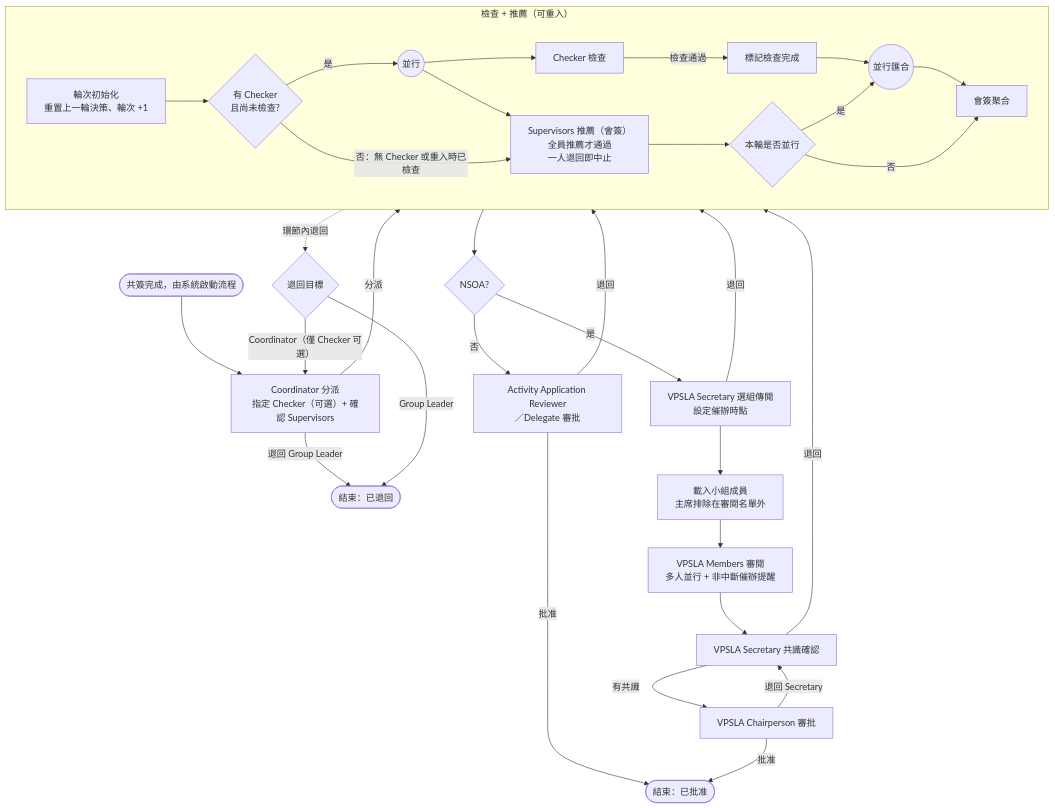
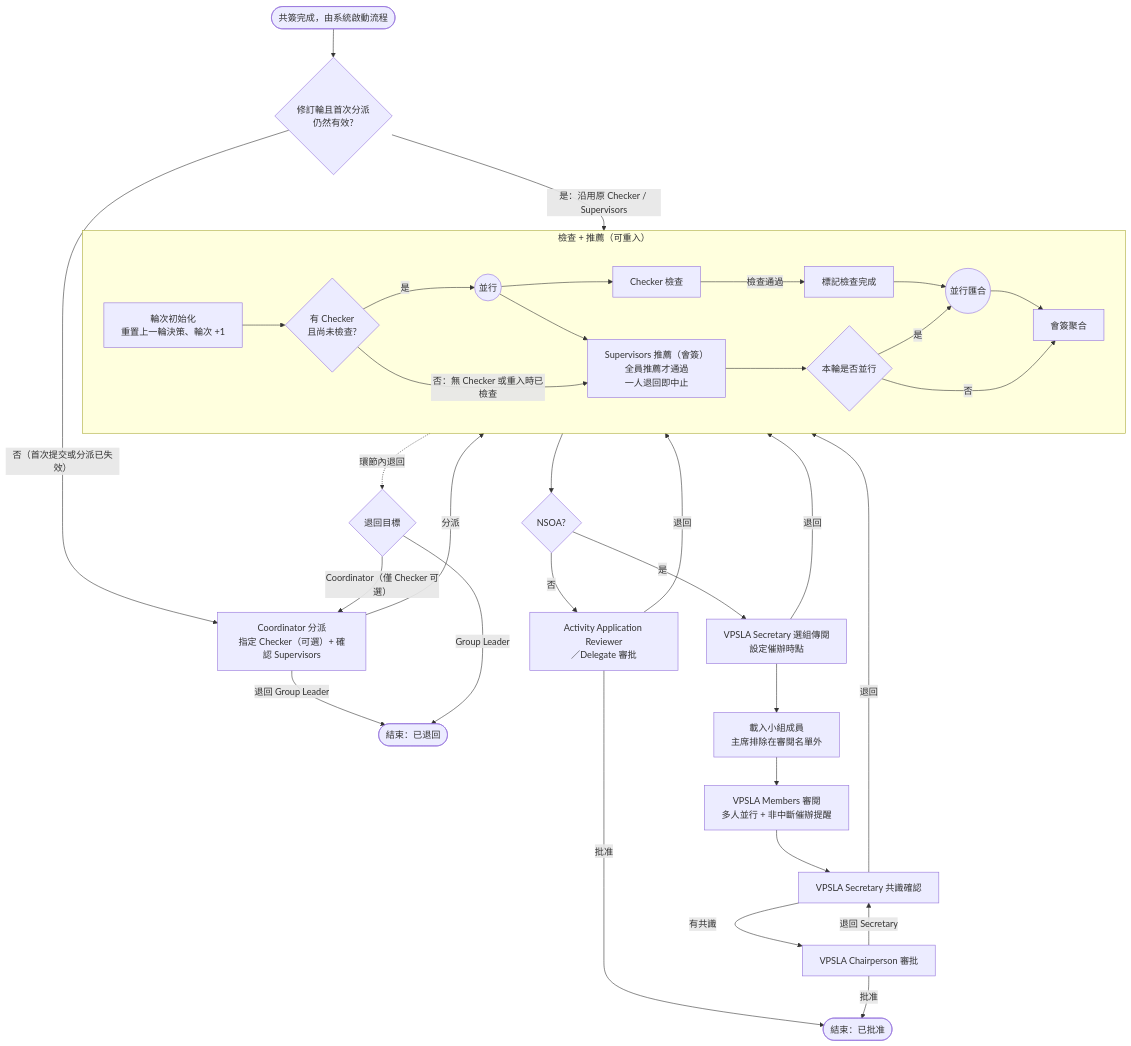
Before and after one commit to OneStar-Projects/SLAS-Docs: the diagram in activity-report-submission-design.md, drawn with Mermaid. The commit also changed other lines of this file and 12 other files, not shown here.

````diff
--- a/activity-report-submission-design.md
+++ b/activity-report-submission-design.md
@@ -140,33 +186,35 @@
 ```mermaid
 flowchart TD
-    S([共簽完成，由系統啟動流程]) --> C[Coordinator 分派<br/>指定 Checker（可選）+ 確認 Supervisors]
+    S([共簽完成，由系統啟動流程]) --> AG{修訂輪且首次分派<br/>仍然有效?}
+    AG -- 否（首次提交或分派已失效） --> C[Coordinator 分派<br/>指定 Checker（可選）+ 確認 Supervisors]
+    AG -- 是：沿用原 Checker / Supervisors --> SUB
     C -- 退回 Group Leader --> RET([結束：已退回])
     C -- 分派 --> SUB
     subgraph SUB [檢查 + 推薦（可重入）]
       INIT[輪次初始化<br/>重置上一輪決策、輪次 +1] --> G1{有 Checker<br/>且尚未檢查?}
       G1 -- 是 --> FORK((並行))
       FORK --> CHK[Checker 檢查]
       FORK --> SUP[Supervisors 推薦（會簽）<br/>全員推薦才通過<br/>一人退回即中止]
       G1 -- 否：無 Checker 或重入時已檢查 --> SUP
       CHK -- 檢查通過 --> DONE[標記檢查完成] --> JOIN((並行匯合))
       SUP --> G2{本輪是否並行}
       G2 -- 是 --> JOIN
       G2 -- 否 --> AGG[會簽聚合]
       JOIN --> AGG
     end
     SUB -. 環節內退回 .-> RG{退回目標}
     RG -- Coordinator（僅 Checker 可選） --> C
     RG -- Group Leader --> RET
     SUB --> NS{NSOA?}
     NS -- 否 --> REV[Activity Application Reviewer<br/>／Delegate 審批]
     REV -- 批准 --> OK([結束：已批准])
     REV -- 退回 --> SUB
     NS -- 是 --> VPS[VPSLA Secretary 選組傳閱<br/>設定催辦時點]
     VPS -- 退回 --> SUB
     VPS --> LOAD[載入小組成員<br/>主席排除在審閱名單外] --> VPM[VPSLA Members 審閱<br/>多人並行 + 非中斷催辦提醒]
     VPM --> VPC[VPSLA Secretary 共識確認]
     VPC -- 退回 --> SUB
     VPC -- 有共識 --> CH[VPSLA Chairperson 審批]
     CH -- 批准 --> OK
     CH -- 退回 Secretary --> VPC
 ```
````
